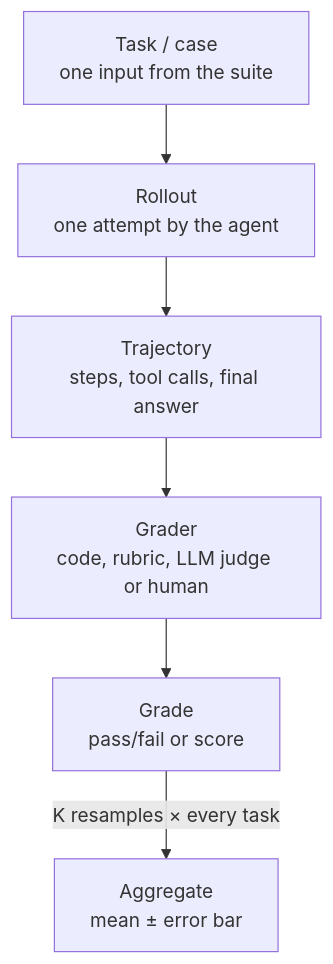
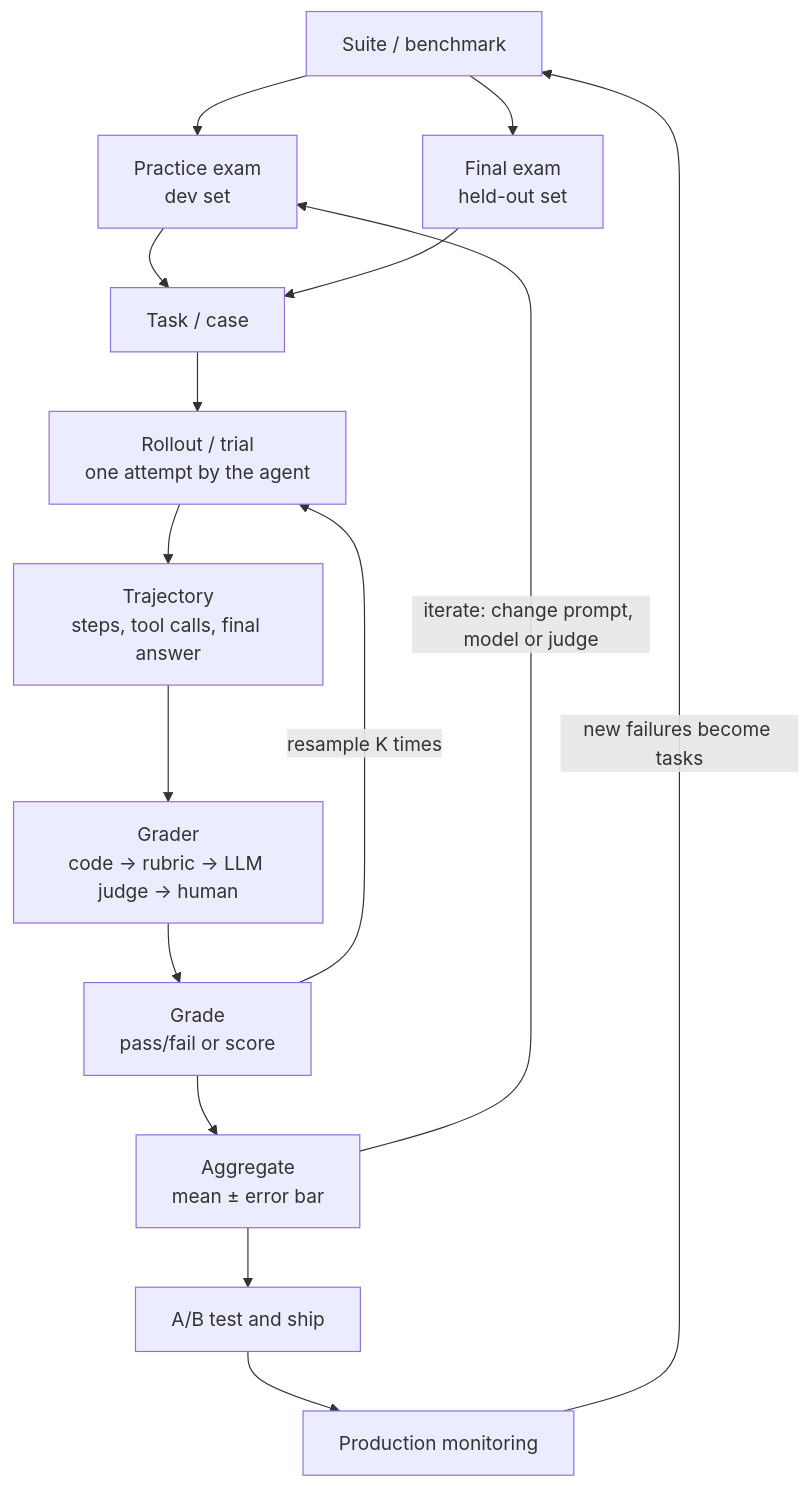
Before and after one commit to idvorkin/idvorkin.github.io: the diagram in _d/subjective-evals.md, drawn with Mermaid. The commit also changed other lines of this file, not shown here.

````diff
--- a/_d/subjective-evals.md
+++ b/_d/subjective-evals.md
@@ -191,8 +211,17 @@
 ```mermaid
 graph TD
-    Task["Task / case<br/>one input from the suite"] --> Rollout["Rollout<br/>one attempt by the agent"]
+    Suite["Suite / benchmark"] --> Dev["Practice exam<br/>dev set"]
+    Suite --> Held["Final exam<br/>held-out set"]
+    Dev --> Task["Task / case"]
+    Held --> Task
+    Task --> Rollout["Rollout / trial<br/>one attempt by the agent"]
     Rollout --> Traj["Trajectory<br/>steps, tool calls, final answer"]
-    Traj --> Grader["Grader<br/>code, rubric, LLM judge or human"]
+    Traj --> Grader["Grader<br/>code → rubric → LLM judge → human"]
     Grader --> Grade["Grade<br/>pass/fail or score"]
-    Grade -->|"K resamples × every task"| Agg["Aggregate<br/>mean ± error bar"]
+    Grade -->|"resample K times"| Rollout
+    Grade --> Agg["Aggregate<br/>mean ± error bar"]
+    Agg -->|"iterate: change prompt, model or judge"| Dev
+    Agg --> Ship["A/B test and ship"]
+    Ship --> Prod["Production monitoring"]
+    Prod -->|"new failures become tasks"| Suite
 ```
````
